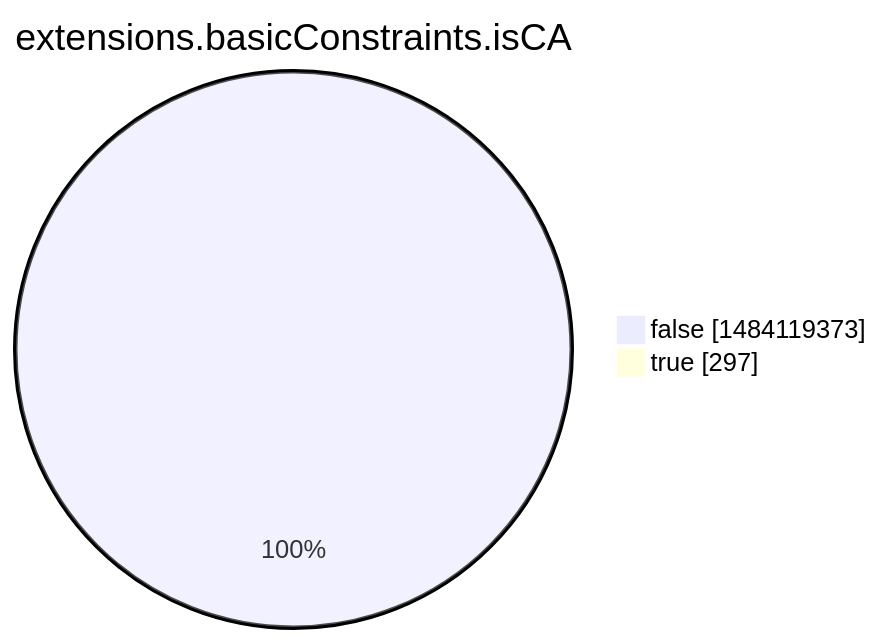
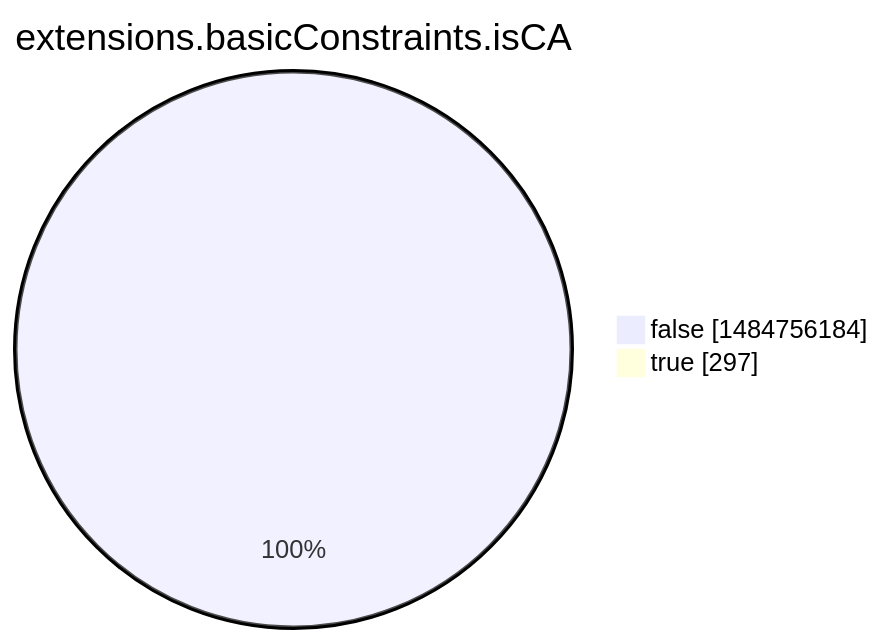
The eighth of 15 diagrams in argon2022/README.md (christiankrug/ctmonitor_visualization), drawn with Mermaid before and after one commit. The commit also changed other lines of this file, not shown here.

````diff
--- a/argon2022/README.md
+++ b/argon2022/README.md
@@ -2760,6 +2760,6 @@
 ```mermaid
 pie showData
 title extensions.basicConstraints.isCA
-"false" :1484119373
+"false" :1484756184
 "true" :297
 ```
````
